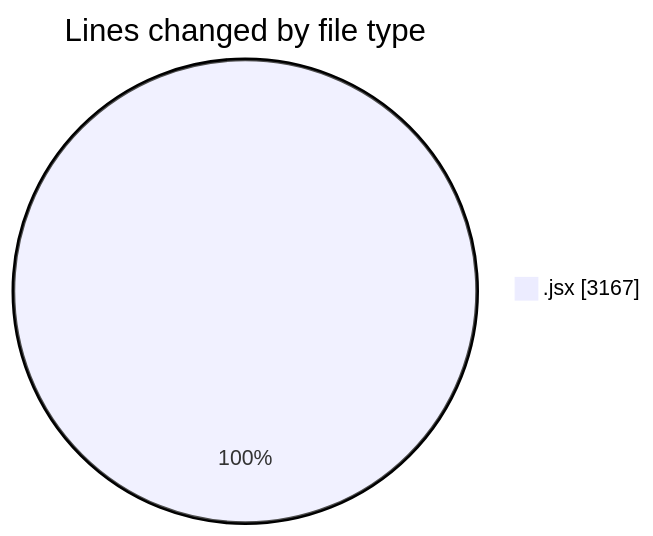
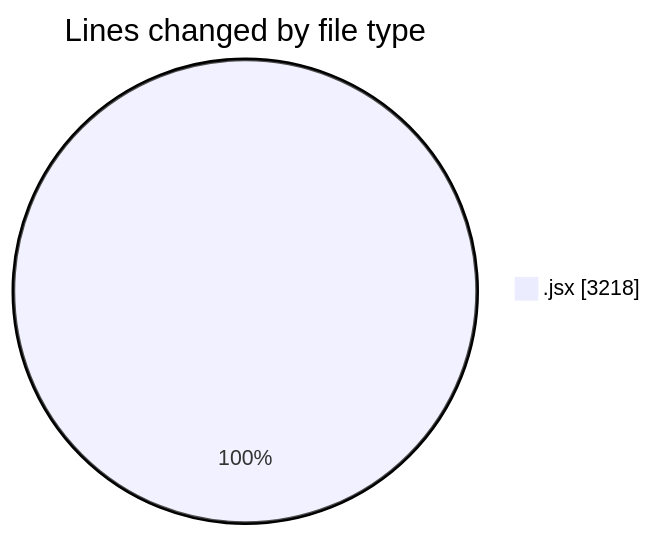
The first of 2 diagrams in 2026-01-13/nxtqube_webapp/README.md (nxtqubesakshisongat/code-tracking), drawn with Mermaid before and after one commit. The commit also changed other lines of this file and 1 other file, not shown here.

````diff
--- a/2026-01-13/nxtqube_webapp/README.md
+++ b/2026-01-13/nxtqube_webapp/README.md
@@ -22,5 +22,5 @@
 ```mermaid
 pie showData
 title Lines changed by file type
-".jsx" : 3167
+".jsx" : 3218
 ```
````
